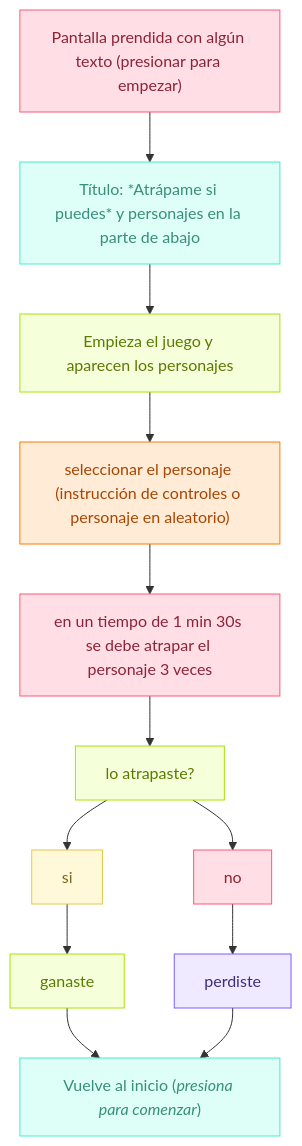
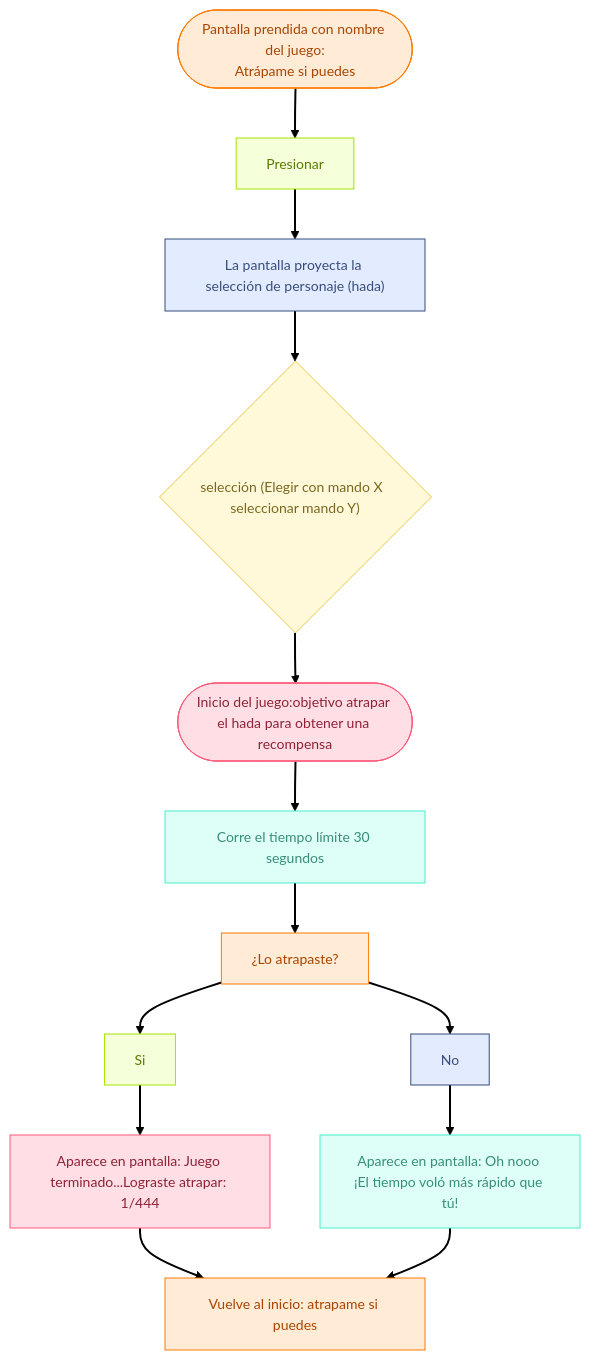
One commit to disenoUDP/dis8645-2025-2-proyectos changed the diagram in 00-examen/grupo-04/README.md. Above: the diagram before and after it, drawn with Mermaid. The commit also changed other lines of this file, not shown here.

Commit message:
En edición

````diff
--- a/00-examen/grupo-04/README.md
+++ b/00-examen/grupo-04/README.md
@@ -107,33 +90,42 @@
 ```mermaid
+---
+config:
+  theme: redux
+---
 flowchart TB
-    n1["Pantalla prendida con algún texto (presionar para empezar)"] --> n2["Título: *Atrápame si puedes* y personajes en la parte de abajo"]
-    n2 --> n3["Empieza el juego y aparecen los personajes"]
-    n3 --> n4["seleccionar el personaje (instrucción de controles o personaje en aleatorio)"]
-    n4 --> n12["en un tiempo de 1 min 30s se debe atrapar el personaje 3 veces"]
-    n12 --> n14["lo atrapaste?"]
-    n14 --> n15["si"] & n16["no"]
-    n15 --> n17["ganaste"]
-    n16 --> n18["perdiste"]
-    n17 --> n19@{ label: "<span style=\"color:\">Vuelve al inicio (*presiona para comenzar*)</span>" }
-    n18 --> n19
+    A(["Pantalla prendida con nombre del juego:
+Atrápame si puedes"]) --> B["Presionar"]
+    B --> C["La pantalla proyecta la selección de personaje (hada)"]
+    C --> D["selección (Elegir con mando X  seleccionar mando Y)"]
+    D --> E(["Inicio del juego:objetivo atrapar el hada para obtener una recompensa"])
+    E --> F["Corre el tiempo límite 30 segundos"]
+    F --> G["¿Lo atrapaste?"]
+    G --> H["Si"] & I["No"]
+    H --> J["Aparece en pantalla: Juego terminado...Lograste atrapar: 1/444"]
+    I --> K["Aparece en pantalla: Oh nooo ¡El tiempo voló más rápido que tú!"]
+    J --> M["Vuelve al inicio: atrapame si puedes"]
+    K --> M
 
-    n19@{ shape: rect}
-     n1:::Rose
-     n2:::Aqua
-     n3:::Lime
-     n4:::Sunset
-     n12:::Rose
-     n14:::Lime
-     n15:::YellowSoft
-     n16:::Rose
-     n17:::Lime
-     n18:::Lavender
-     n19:::Aqua
-    classDef Sunset stroke-width:1px, stroke-dasharray:none, stroke:#FF7A00, fill:#FFEBD6, color:#A94500
-    classDef Rose stroke-width:1px, stroke-dasharray:none, stroke:#FF5978, fill:#FFDFE5, color:#8E2236
-    classDef Aqua stroke-width:1px, stroke-dasharray:none, stroke:#46EDC8, fill:#DEFFF8, color:#378E7A
-    classDef Sky stroke-width:1px, stroke-dasharray:none, stroke:#374D7C, fill:#E2EBFF, color:#374D7C
-    classDef Lime stroke-width:1px, stroke-dasharray:none, stroke:#A8E400, fill:#F5FFD9, color:#5A7A00
-    classDef YellowSoft stroke-width:1px, stroke-dasharray:none, stroke:#E6C84C, fill:#FFF8D9, color:#7A6720
-    classDef Lavender stroke-width:1px, stroke-dasharray:none, stroke:#7C5CFF, fill:#EFEAFF, color:#3D2D7A
+    C@{ shape: rect}
+    D@{ shape: diam}
+
+    A:::Sunset
+    B:::Lime
+    C:::Sky
+    D:::YellowSoft
+    E:::Rose
+    F:::Aqua
+    G:::Sunset
+    H:::Lime
+    I:::Sky
+    J:::Rose
+    K:::Aqua
+    M:::Sunset
+
+classDef Sunset stroke-width:1px, stroke-dasharray:none, stroke:#FF7A00, fill:#FFEBD6, color:#A94500
+classDef Sky stroke-width:1px, stroke-dasharray:none, stroke:#374D7C, fill:#E2EBFF, color:#374D7C
+classDef YellowSoft stroke-width:1px, stroke-dasharray:none, stroke:#E6C84C, fill:#FFF9D9, color:#7A6720
+classDef Rose stroke-width:1px, stroke-dasharray:none, stroke:#FF5978, fill:#FFDFE5, color:#8E2236
+classDef Lime stroke-width:1px, stroke-dasharray:none, stroke:#A8E400, fill:#F5FFD9, color:#5A7A00
+classDef Aqua stroke-width:1px, stroke-dasharray:none, stroke:#46EDC8, fill:#DEFFF8, color:#378E7A                           
 ```
````
